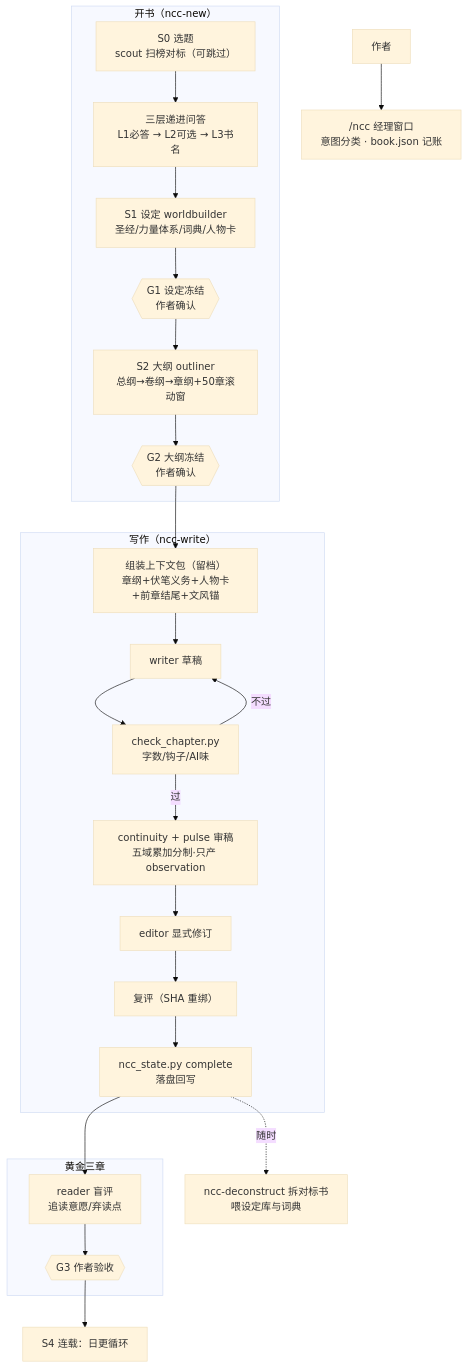
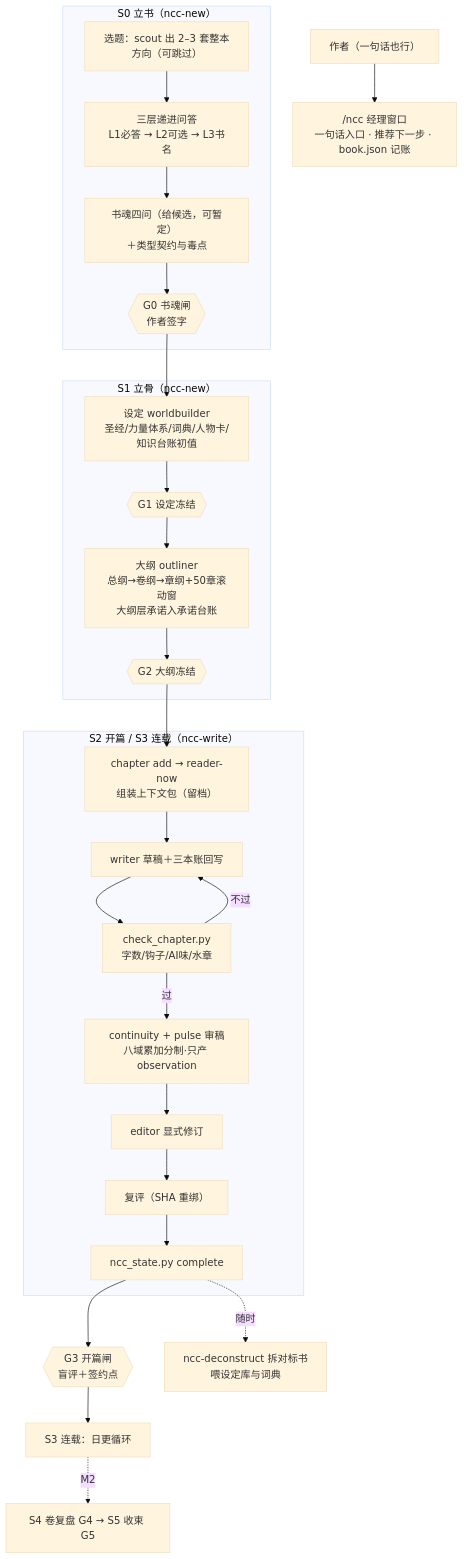
The diagram in README.md (cloudxy/ncc-plugin), drawn with Mermaid (base theme) before and after one commit. The commit also changed other lines of this file and 40 other files, not shown here.

First line of the commit message:
feat: v0.2.0 architecture core (M1)

````diff
--- a/README.md
+++ b/README.md
@@ -11,31 +11,33 @@
 ```mermaid
 flowchart TD
-  U["作者"] --> M["/ncc 经理窗口<br/>意图分类 · book.json 记账"]
+  U["作者（一句话也行）"] --> M["/ncc 经理窗口<br/>一句话入口 · 推荐下一步 · book.json 记账"]
 
-  subgraph OPEN["开书（ncc-new）"]
-    S0["S0 选题<br/>scout 扫榜对标（可跳过）"] --> Q["三层递进问答<br/>L1必答 → L2可选 → L3书名"]
-    Q --> S1["S1 设定 worldbuilder<br/>圣经/力量体系/词典/人物卡"]
-    S1 --> G1{{"G1 设定冻结<br/>作者确认"}}
-    G1 --> S2["S2 大纲 outliner<br/>总纲→卷纲→章纲+50章滚动窗"]
-    S2 --> G2{{"G2 大纲冻结<br/>作者确认"}}
+  subgraph FOUND["S0 立书（ncc-new）"]
+    S0["选题：scout 出 2–3 套整本方向（可跳过）"] --> Q["三层递进问答<br/>L1必答 → L2可选 → L3书名"]
+    Q --> SOUL["书魂四问（给候选，可暂定）<br/>＋类型契约与毒点"]
+    SOUL --> G0{{"G0 书魂闸<br/>作者签字"}}
   end
 
-  subgraph WRITE["写作（ncc-write）"]
-    G2 --> P["组装上下文包（留档）<br/>章纲+伏笔义务+人物卡+前章结尾+文风锚"]
-    P --> W["writer 草稿"]
-    W --> C["check_chapter.py<br/>字数/钩子/AI味"]
+  subgraph BONE["S1 立骨（ncc-new）"]
+    G0 --> SET["设定 worldbuilder<br/>圣经/力量体系/词典/人物卡/知识台账初值"]
+    SET --> G1{{"G1 设定冻结"}}
+    G1 --> OUT["大纲 outliner<br/>总纲→卷纲→章纲+50章滚动窗<br/>大纲层承诺入承诺台账"]
+    OUT --> G2{{"G2 大纲冻结"}}
+  end
+
+  subgraph WRITE["S2 开篇 / S3 连载（ncc-write）"]
+    G2 --> P["chapter add → reader-now<br/>组装上下文包（留档）"]
+    P --> W["writer 草稿＋三本账回写"]
+    W --> C["check_chapter.py<br/>字数/钩子/AI味/水章"]
     C -->|不过| W
-    C -->|过| R["continuity + pulse 审稿<br/>五域累加分制·只产 observation"]
+    C -->|过| R["continuity + pulse 审稿<br/>八域累加分制·只产 observation"]
     R --> E["editor 显式修订"]
     E --> RR["复评（SHA 重绑）"]
-    RR --> D["ncc_state.py complete<br/>落盘回写"]
+    RR --> D["ncc_state.py complete"]
   end
 
-  subgraph GOLD["黄金三章"]
-    D --> RD["reader 盲评<br/>追读意愿/弃读点"]
-    RD --> G3{{"G3 作者验收"}}
-  end
-
-  G3 --> SER["S4 连载：日更循环"]
+  D --> G3{{"G3 开篇闸<br/>盲评＋签约点"}}
+  G3 --> SER["S3 连载：日更循环"]
+  SER -.->|"M2"| VOL["S4 卷复盘 G4 → S5 收束 G5"]
   D -.->|"随时"| DC["ncc-deconstruct 拆对标书<br/>喂设定库与词典"]
 ```
````
